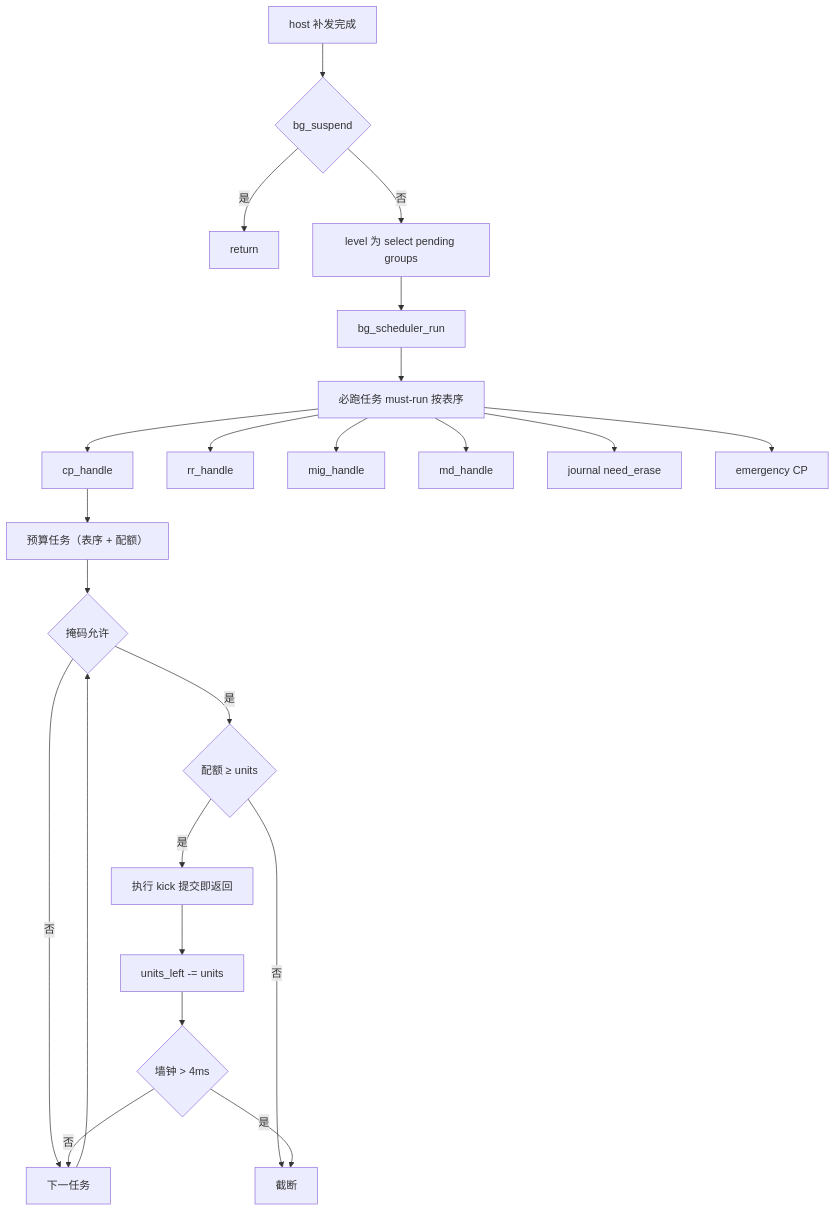
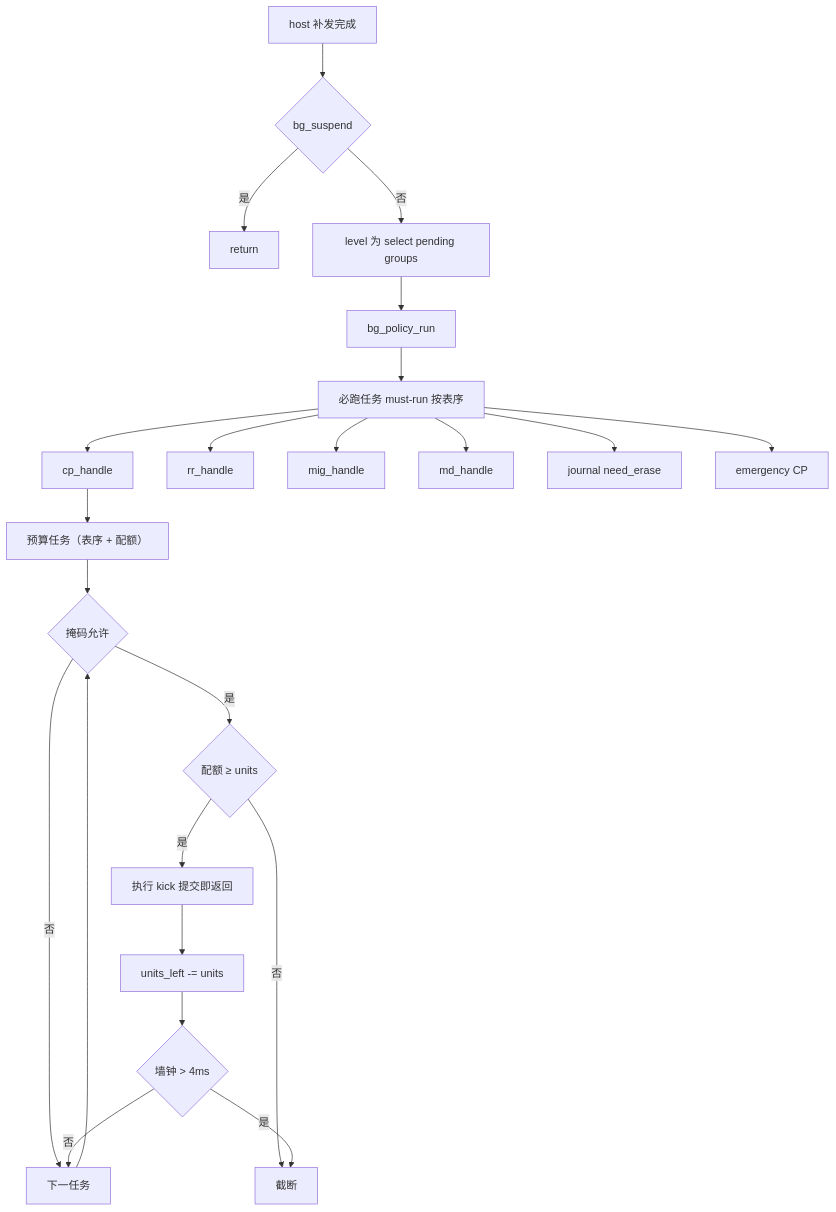
Before and after one commit to YzYMIAO/BASESSD: diagram 35 of 36 in docs/design/ftl_design.md, drawn with Mermaid. The commit also changed other lines of this file and 48 other files, not shown here.

````diff
--- a/docs/design/ftl_design.md
+++ b/docs/design/ftl_design.md
@@ -4810,25 +4895,25 @@
 ```mermaid
 flowchart TD
     A["host 补发完成"] --> B{"bg_suspend"}
     B -- "是" --> Z["return"]
     B -- "否" --> C["level 为 select pending groups"]
-    C --> D["bg_scheduler_run"]
+    C --> D["bg_policy_run"]
     D --> E["必跑任务 must-run 按表序"]
     E --> E1["cp_handle"]
     E --> E2["rr_handle"]
     E --> E3["mig_handle"]
     E --> E4["md_handle"]
     E --> E5["journal need_erase"]
     E --> E6["emergency CP"]
     E1 --> F["预算任务（表序 + 配额）"]
     F --> F1{"掩码允许"}
     F1 -- "否" --> G["下一任务"]
     F1 -- "是" --> F2{"配额 ≥ units"}
     F2 -- "否" --> H["截断"]
     F2 -- "是" --> F3["执行 kick 提交即返回"]
     F3 --> F4["units_left -= units"]
     F4 --> F5{"墙钟 > 4ms"}
     F5 -- "是" --> H
     F5 -- "否" --> G
     G --> F1
 ```
````
